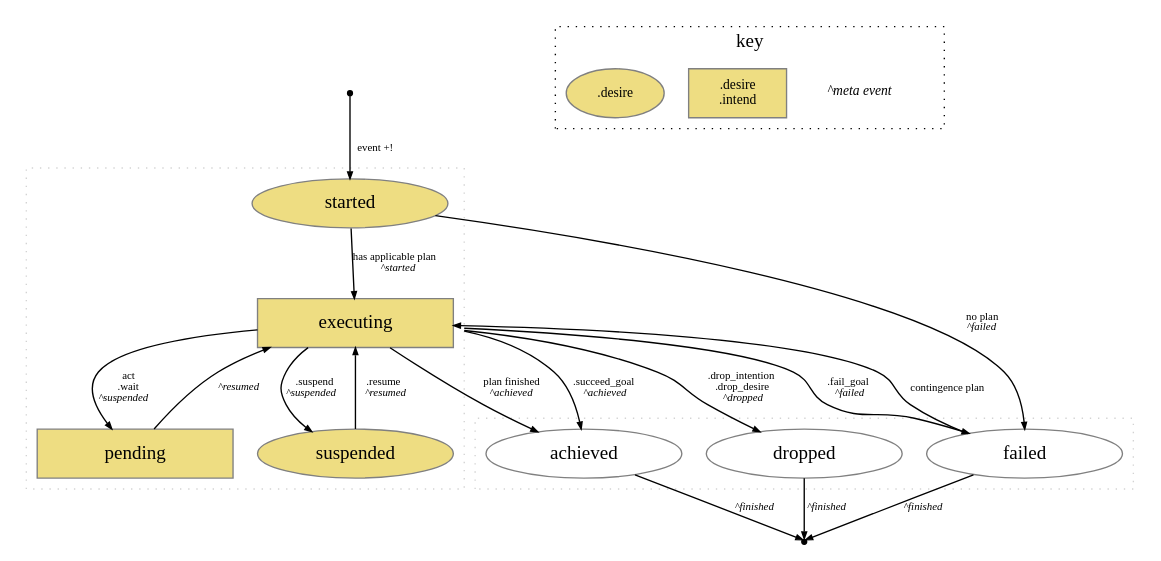
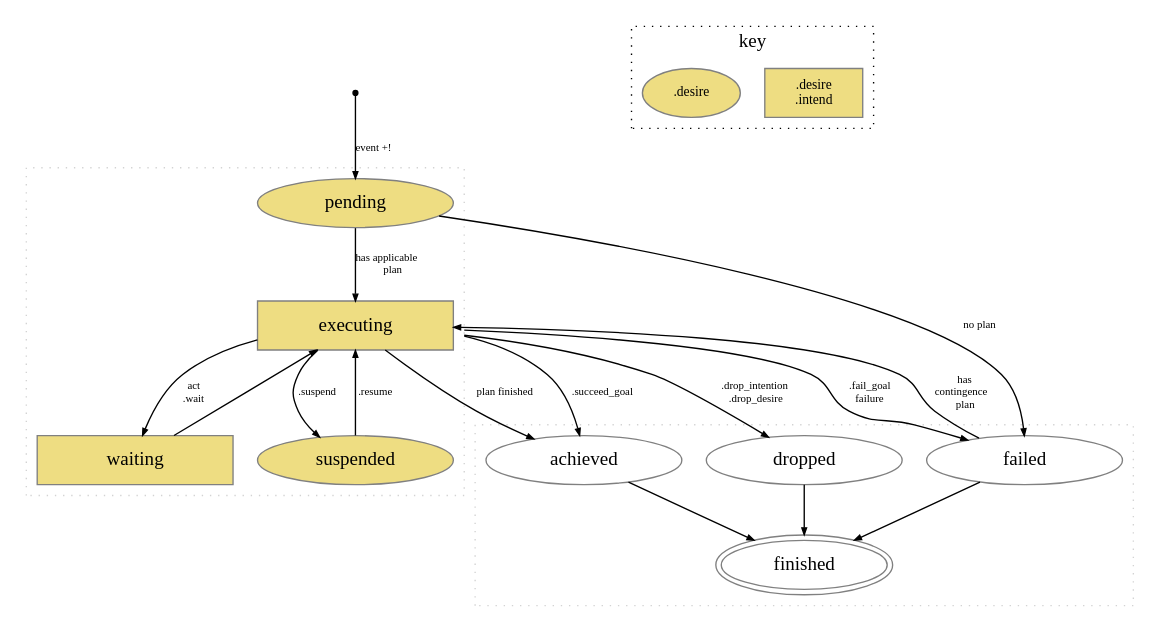
One commit to jason-lang/jason changed the diagram in doc/tech/goal-states.gv. Above: the diagram before and after it, drawn with Graphviz. The commit also changed 20 other files, not shown here.

```diff
--- a/doc/tech/goal-states.gv
+++ b/doc/tech/goal-states.gv
@@ -1,64 +1,65 @@
 // dot goal-states.gv -Tpdf -o goal-states.pdf
 
 digraph goal_states {
    node [color=gray];
 
    compound=true;
 
    ENTRY[shape=point,color=black,label=""];
-   EXIT[shape=point,color=black,label=""];
+   //EXIT[shape=point,color=black,label=""];
 
    subgraph cluster1 {
      shape = rectangle; style=dotted; color=lightgrey;
      node [shape=oval,style=filled,color=gray, fillcolor="lightgoldenrod", fixedsize=shape,width=2];
-     C [label="started"];
+     C [label="pending"];
 
      S [label="suspended"];
 
      node [shape=rectangle,style="filled",fillcolor="lightgoldenrod",fixedsize=shape,width=2];
   	 E [label="executing"];
-  	 P [label="pending"];
+  	 P [label="waiting"];
 
-     C->E[label=< has applicable plan<br/><i>^started</i> >,fontsize="8",arrowsize=0.5];
+     C->E[label=< has applicable<br/>plan<br/>>,fontsize="8",arrowsize=0.5];
 
-     E->S[label=<.suspend<br/><i>^suspended</i>>,fontsize="8",arrowsize=0.5];
-     S->E[label=<  .resume<br/>   <i>^resumed</i>>,fontsize="8",arrowsize=0.5];
+     E->S[label=<.suspend>,fontsize="8",arrowsize=0.5];
+     S->E[label=<  .resume>,fontsize="8",arrowsize=0.5];
 
-     E->P[label=<act <br/> .wait<br/><i>^suspended</i>>,fontsize="8",arrowsize=0.5];
-     P->E[label=<<i>^resumed</i>>,fontsize="8",arrowsize=0.5];
+     E->P[label=<act <br/> .wait<br/>>,fontsize="8",arrowsize=0.5];
+     P->E[label=<>,fontsize="8",arrowsize=0.5];
 
    }
 
    subgraph cluster2 {
      //rankdir=TB;
      //label = "finished"; fontcolor=lightgrey;
      shape = rectangle; style=dotted; color=lightgrey;
-     node [shape=oval,fillcolor=white,color=gray,style=filled,fixedsize=shape,width=2,peripheries=1];
+     node [shape=oval,fillcolor=white,color=gray,style=filled,fixedsize=shape,width=2];
      A [label="achieved"];
      F [label="failed"];
      D [label="dropped"];
+     T [label="finished",peripheries=2,width=1.7];
    }
 
-	 ENTRY->C[label=" event +!",fontsize="8",arrowsize=0.5];
+	 ENTRY->C[label=< event +!>,fontsize="8",arrowsize=0.5];
 
-   C->F[label=<no plan<br/><i>^failed</i>>,fontsize="8",arrowsize=0.5];
+   C->F[label=< no plan<br/>>,fontsize="8",arrowsize=0.5];
 
-   E->A[label=<plan finished<br/><i>^achieved</i>>,fontsize="8",arrowsize=0.5];
-   E->D[label=<.drop_intention <br/> .drop_desire<br/><i>^dropped</i>>,fontsize="8",arrowsize=0.5,ltail=cluster1];
+   E->A[label=<plan finished>,fontsize="8",arrowsize=0.5];
+   E->D[label=<.drop_intention <br/> .drop_desire>,fontsize="8",arrowsize=0.5,ltail=cluster1];
 
-   E -> F [label=<.fail_goal <br/> <i>^failed</i>>,fontsize="8",arrowsize=0.5,ltail=cluster1];
-   E -> A [label=<.succeed_goal <br/><i>^achieved</i>>,fontsize="8",arrowsize=0.5,ltail=cluster1];
+   E -> F [label=<.fail_goal <br/> failure>,fontsize="8",arrowsize=0.5,ltail=cluster1];
+   E -> A [label=<.succeed_goal>,fontsize="8",arrowsize=0.5,ltail=cluster1];
 
-   F -> E [label=<contingence plan>,fontsize="8",arrowsize=0.5];
+   F -> E [label=< has<br/>contingence<br/>plan>,fontsize="8",arrowsize=0.5];
 
-   {A,F,D} -> EXIT [label=<<i>  ^finished</i>>,fontsize="8",arrowsize=0.5];
+   {A,F,D} -> T [arrowsize=0.5];
 
    subgraph cluster0 {
       label = "key";
       rankdir=LR; shape = rectangle; style=dotted;
-      key4 [label=< <i>^meta event</i> >, shape=plaintext,fontsize="10",];
+      //key4 [label=< <i>^meta event</i> >, shape=plaintext,fontsize="10",];
       key2 [label=".desire\n.intend",shape=rectangle,style=filled,fontsize="10", fillcolor=lightgoldenrod,fixedsize=shape,width=1];
       key1 [label=".desire",   shape=oval,     style=filled,fontsize="10", fillcolor=lightgoldenrod,fixedsize=shape,width=1];
       //key3 [label="finished", shape=oval,     style=filled,fontsize="10", fillcolor=lightgrey,fixedsize=shape,width=1];
    }
 }
```
